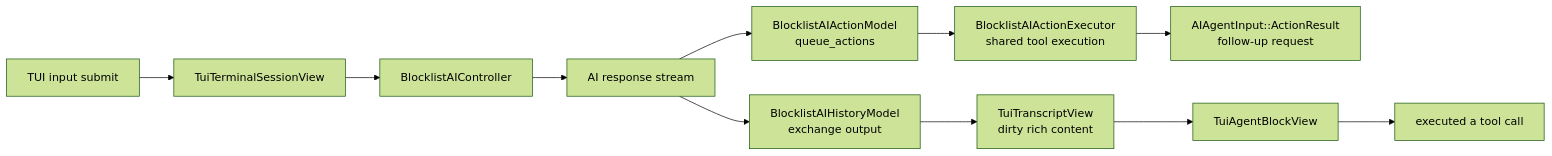
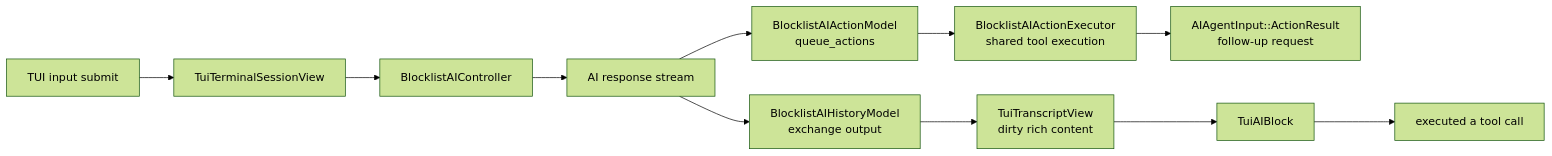
The first of 4 diagrams in specs/tui-agent-tool-calls/TECH.md (warpdotdev/warp), drawn with Mermaid (forest theme) before and after one commit. The commit also changed other lines of this file and 4 other files, not shown here.

````diff
--- a/specs/tui-agent-tool-calls/TECH.md
+++ b/specs/tui-agent-tool-calls/TECH.md
@@ -18,13 +18,13 @@
 ```mermaid
 flowchart LR
   User["TUI input submit"] --> Session["TuiTerminalSessionView"]
   Session --> Controller["BlocklistAIController"]
   Controller --> Stream["AI response stream"]
   Stream --> History["BlocklistAIHistoryModel<br/>exchange output"]
   Stream --> Actions["BlocklistAIActionModel<br/>queue_actions"]
   Actions --> Executor["BlocklistAIActionExecutor<br/>shared tool execution"]
   Executor --> Result["AIAgentInput::ActionResult<br/>follow-up request"]
   History --> Transcript["TuiTranscriptView<br/>dirty rich content"]
-  Transcript --> Block["TuiAgentBlockView"]
+  Transcript --> Block["TuiAIBlock"]
   Block --> Stub["executed a tool call"]
 ```
````
